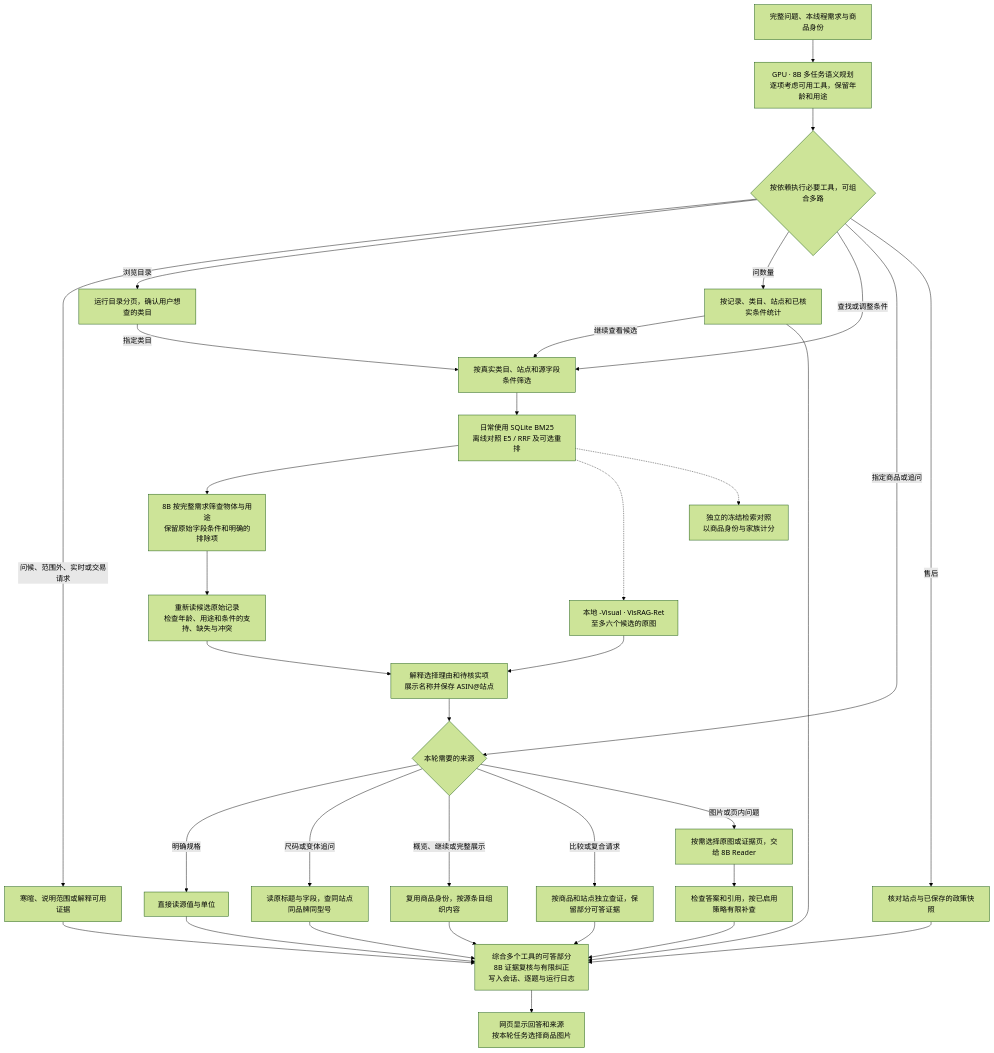
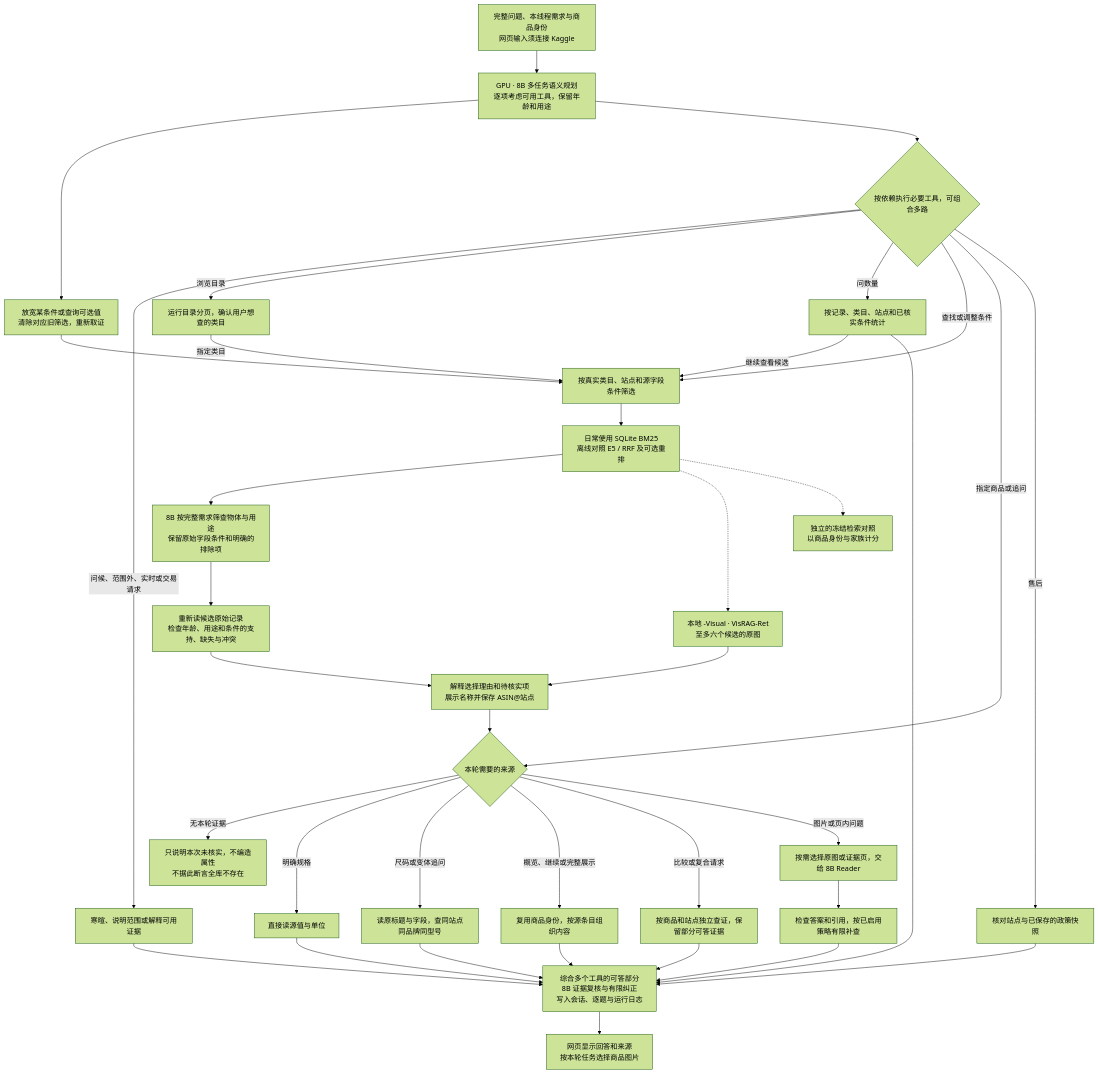
The second of 4 diagrams in docs/A-D阶段流程.md (AaronYue77/ABO-Adaptive-RAG), drawn with Mermaid (forest theme) before and after one commit. The commit also changed 17 other files, not shown here.

````diff
--- a/docs/A-D阶段流程.md
+++ b/docs/A-D阶段流程.md
@@ -36,35 +36,37 @@
 ```mermaid
 flowchart TD
-    q["完整问题、本线程需求与商品身份"] --> plan["GPU · 8B 多任务语义规划<br/>逐项考虑可用工具，保留年龄和用途"]
+    q["完整问题、本线程需求与商品身份<br/>网页输入须连接 Kaggle"] --> plan["GPU · 8B 多任务语义规划<br/>逐项考虑可用工具，保留年龄和用途"]
+    plan --> release["放宽某条件或查询可选值<br/>清除对应旧筛选，重新取证"] --> search
     plan --> route{"按依赖执行必要工具，可组合多路"}
     route -->|"问候、范围外、实时或交易请求"| plain["寒暄、说明范围或解释可用证据"]
     route -->|浏览目录| directory["运行目录分页，确认用户想查的类目"]
     route -->|问数量| tally["按记录、类目、站点和已核实条件统计"]
     tally -->|继续查看候选| search
     route -->|查找或调整条件| search["按真实类目、站点和源字段条件筛选"]
     directory -->|指定类目| search
     search --> rank["日常使用 SQLite BM25<br/>离线对照 E5 / RRF 及可选重排"]
     rank --> semantic["8B 按完整需求筛查物体与用途<br/>保留原始字段条件和明确的排除项"]
     semantic --> suitability["重新读候选原始记录<br/>检查年龄、用途和条件的支持、缺失与冲突"]
     suitability --> choose["解释选择理由和待核实项<br/>展示名称并保存 ASIN@站点"]
     rank -.-> visual["本地 -Visual · VisRAG-Ret<br/>至多六个候选的原图"] --> choose
     route -->|指定商品或追问| evidence{"本轮需要的来源"}
     choose --> evidence
+    evidence -->|无本轮证据| missing["只说明本次未核实，不编造属性<br/>不据此断言全库不存在"]
     evidence -->|明确规格| fields["直接读源值与单位"]
     evidence -->|尺码或变体追问| variants["读原标题与字段，查同站点同品牌同型号"]
     evidence -->|概览、继续或完整展示| detail["复用商品身份，按源条目组织内容"]
     evidence -->|比较或复合请求| multi["按商品和站点独立查证，保留部分可答证据"]
     evidence -->|图片或页内问题| reader["按需选择原图或证据页，交给 8B Reader"]
     route -->|售后| policy["核对站点与已保存的政策快照"]
     reader --> guard["检查答案和引用，按已启用策略有限补查"]
     fields --> answer["综合多个工具的可答部分<br/>8B 证据复核与有限纠正<br/>写入会话、逐题与运行日志"]
     tally --> answer
     variants --> answer
     detail --> answer
     multi --> answer
     guard --> answer
     policy --> answer
     plain --> answer
     answer --> browser["网页显示回答和来源<br/>按本轮任务选择商品图片"]
     rank -.-> offline["独立的冻结检索对照<br/>以商品身份与家族计分"]
 ```
````
